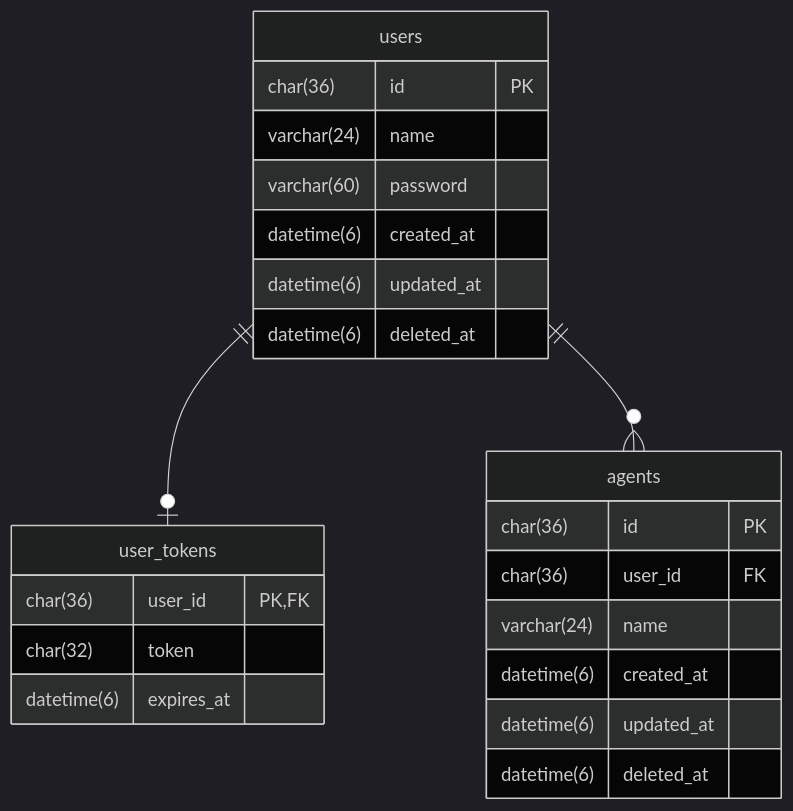
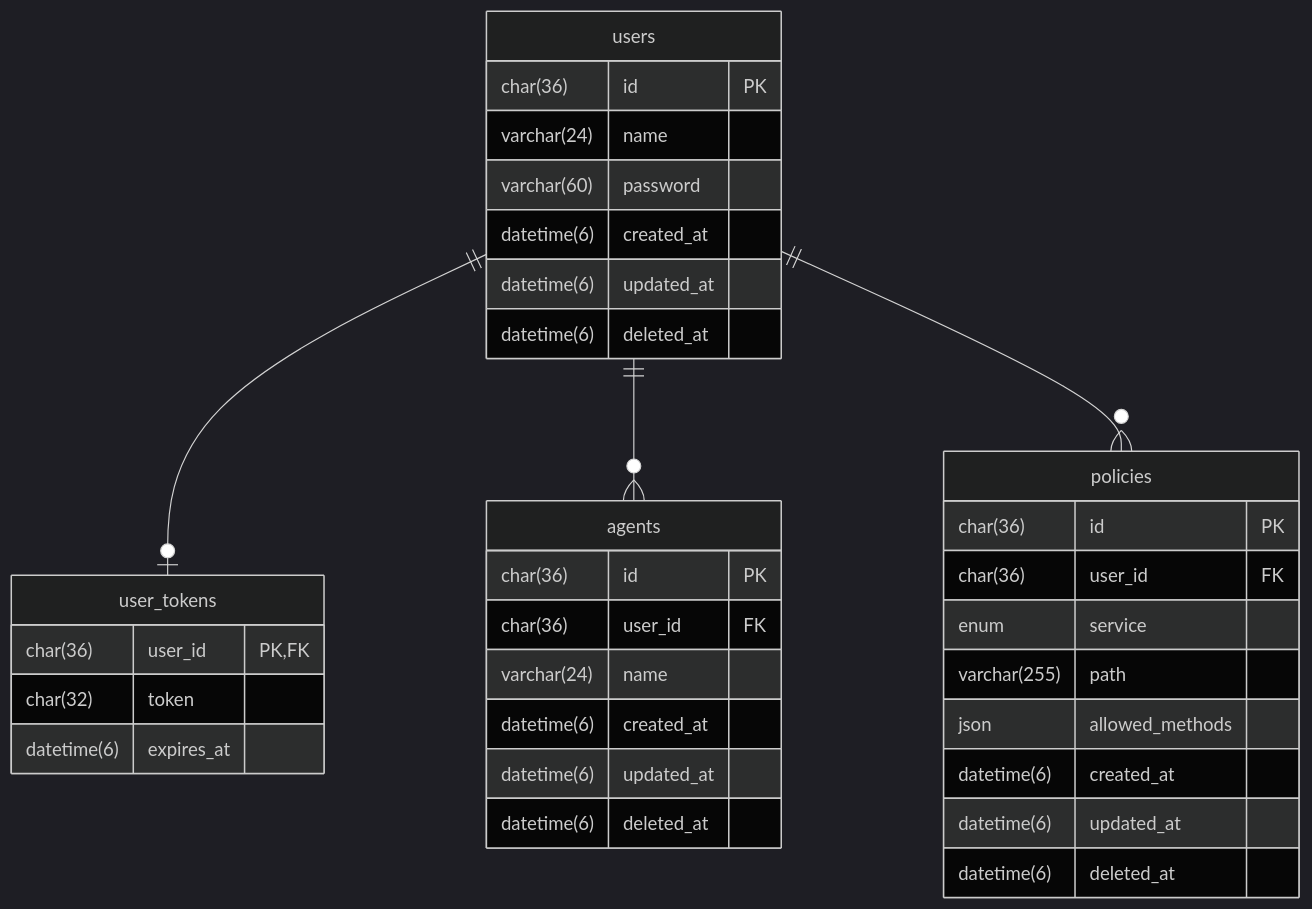
Before and after one commit to atsumarukun/holos-auth-api: the diagram in docs/er-diagram.md, drawn with Mermaid (dark theme). The commit also changed other lines of this file, not shown here.

Commit message:
update: ER図にポリシーテーブルを追加.

````diff
--- a/docs/er-diagram.md
+++ b/docs/er-diagram.md
@@ -3,31 +3,44 @@
 ```mermaid
 erDiagram
 
 users {
   char(36) id PK
   varchar(24) name
   varchar(60) password
   datetime(6) created_at
   datetime(6) updated_at
   datetime(6) deleted_at
 }
 
 user_tokens {
   char(36) user_id PK, FK
   char(32) token
   datetime(6) expires_at
 }
 
 agents {
   char(36) id PK
   char(36) user_id FK
   varchar(24) name
   datetime(6) created_at
   datetime(6) updated_at
   datetime(6) deleted_at
 }
 
+policies {
+  char(36) id PK
+  char(36) user_id FK
+  enum service
+  varchar(255) path
+  json allowed_methods
+  datetime(6) created_at
+  datetime(6) updated_at
+  datetime(6) deleted_at
+}
+
 users ||--o| user_tokens: ""
 
 users ||--o{ agents: ""
+
+users ||--o{ policies: ""
 ```
````
